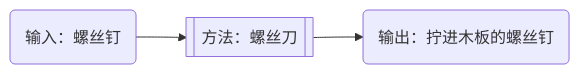
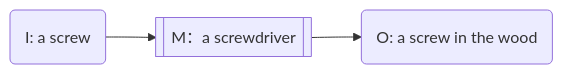
One commit to Dreamwalkor/little-book-of-ai changed the third of 5 diagrams in en/04.md. Above: the diagram before and after it, drawn with Mermaid. The commit also changed other lines of this file and 27 other files, not shown here.

`````diff
--- a/en/04.md
+++ b/en/04.md
@@ -53,4 +51,4 @@
 ````mermaid
 flowchart LR
-input(输入：螺丝钉) --> method[[方法：螺丝刀]] --> output(输出：拧进木板的螺丝钉)
+input(I: a screw) --> method[[M：a screwdriver]] --> output(O: a screw in the wood)
 ````
`````
